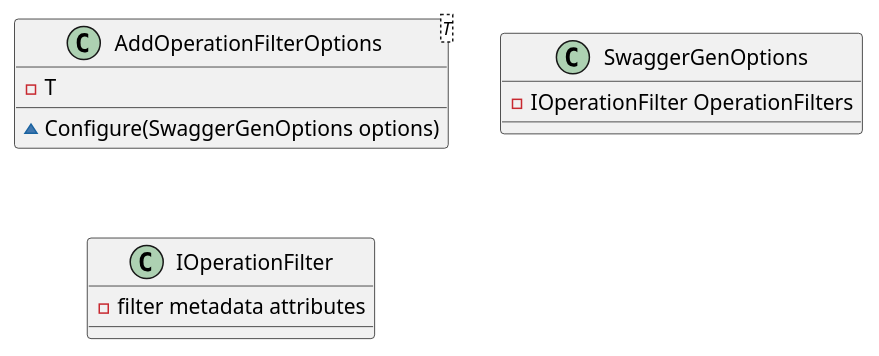
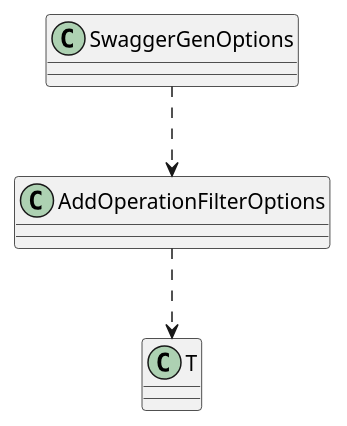
One commit to mwwhited-forks/dotnet-libs changed the fourth of 5 diagrams in docs/generated/Framework/Eliassen.AspNetCore.Mvc/SwaggerGen/Documentation.md. Above: the diagram before and after it, drawn with PlantUML. The commit also changed other lines of this file and 444 other files, not shown here.

````diff
--- a/docs/generated/Framework/Eliassen.AspNetCore.Mvc/SwaggerGen/Documentation.md
+++ b/docs/generated/Framework/Eliassen.AspNetCore.Mvc/SwaggerGen/Documentation.md
@@ -87,17 +67,9 @@
 ```plantuml
 @startuml
-class AddOperationFilterOptions<T> {
-  - T
-  ~Configure(SwaggerGenOptions options)
-}
-
-class SwaggerGenOptions {
-  - IOperationFilter OperationFilters
-}
-
-class IOperationFilter {
-  -filter metadata attributes
-}
-
+class SwaggerGenOptions
+class AddOperationFilterOptions
+class T
+SwaggerGenOptions ..> AddOperationFilterOptions
+AddOperationFilterOptions ..> T
 @enduml
 ```
````
